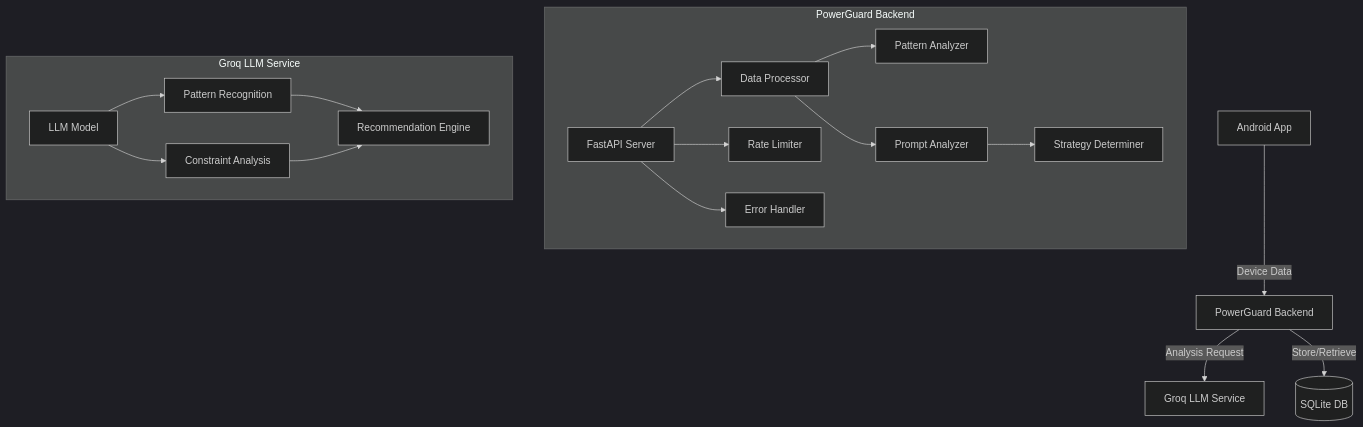
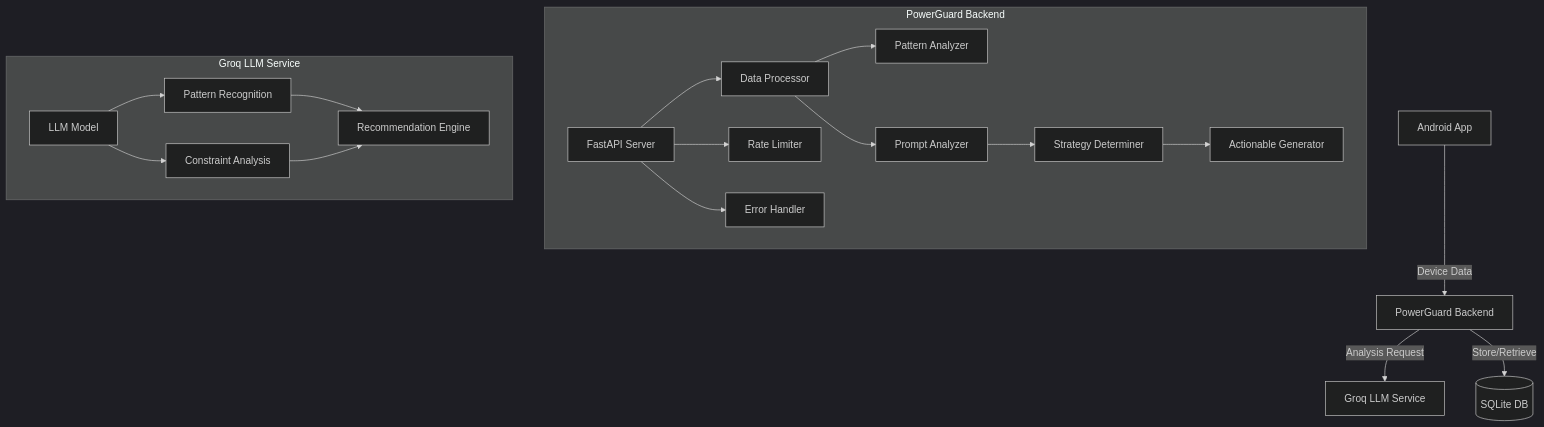
The first of 3 diagrams in README.md (hiteshchopra11/PowerGuardBackend), drawn with Mermaid (dark theme) before and after one commit. The commit also changed other lines of this file, not shown here.

````diff
--- a/README.md
+++ b/README.md
@@ -41,33 +42,35 @@
 ```mermaid
 graph TD
     A[Android App] -->|Device Data| B[PowerGuard Backend]
     B -->|Analysis Request| C[Groq LLM Service]
     B -->|Store/Retrieve| D[(SQLite DB)]
     
     subgraph "PowerGuard Backend"
         B1[FastAPI Server]
         B2[Data Processor]
         B3[Pattern Analyzer]
         B4[Rate Limiter]
         B5[Prompt Analyzer]
         B6[Strategy Determiner]
         B7[Error Handler]
+        B8[Actionable Generator]
         B1 --> B2
         B1 --> B4
         B2 --> B3
         B2 --> B5
         B5 --> B6
+        B6 --> B8
         B1 --> B7
     end
     
     subgraph "Groq LLM Service"
         C1[LLM Model]
         C2[Pattern Recognition]
         C3[Recommendation Engine]
         C4[Constraint Analysis]
         C1 --> C2
         C2 --> C3
         C1 --> C4
         C4 --> C3
     end
 ```
````
